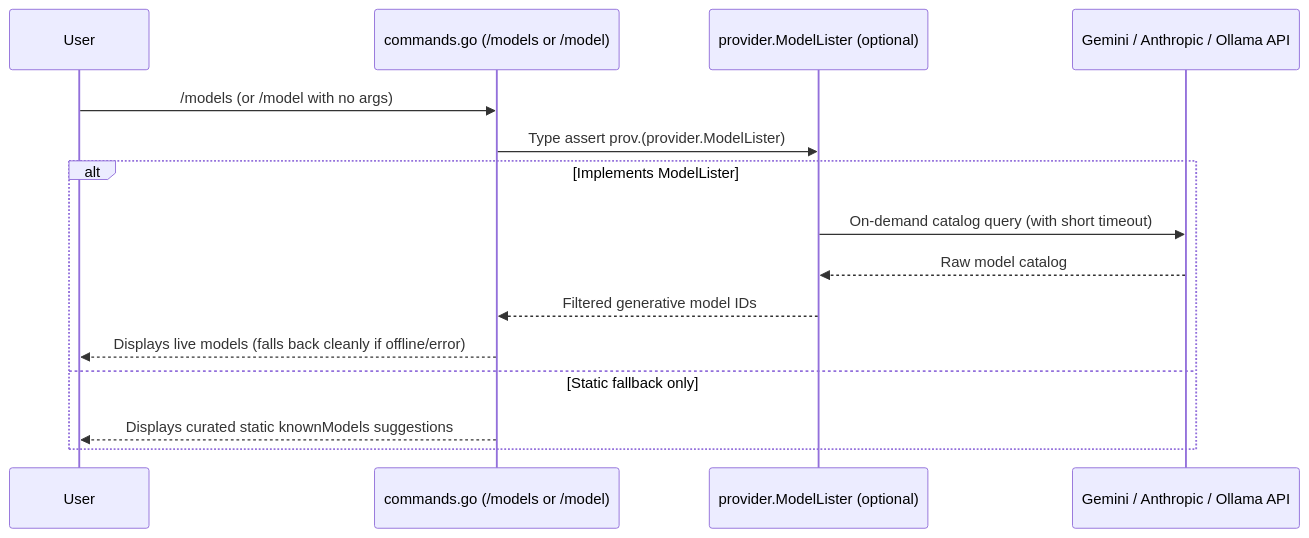
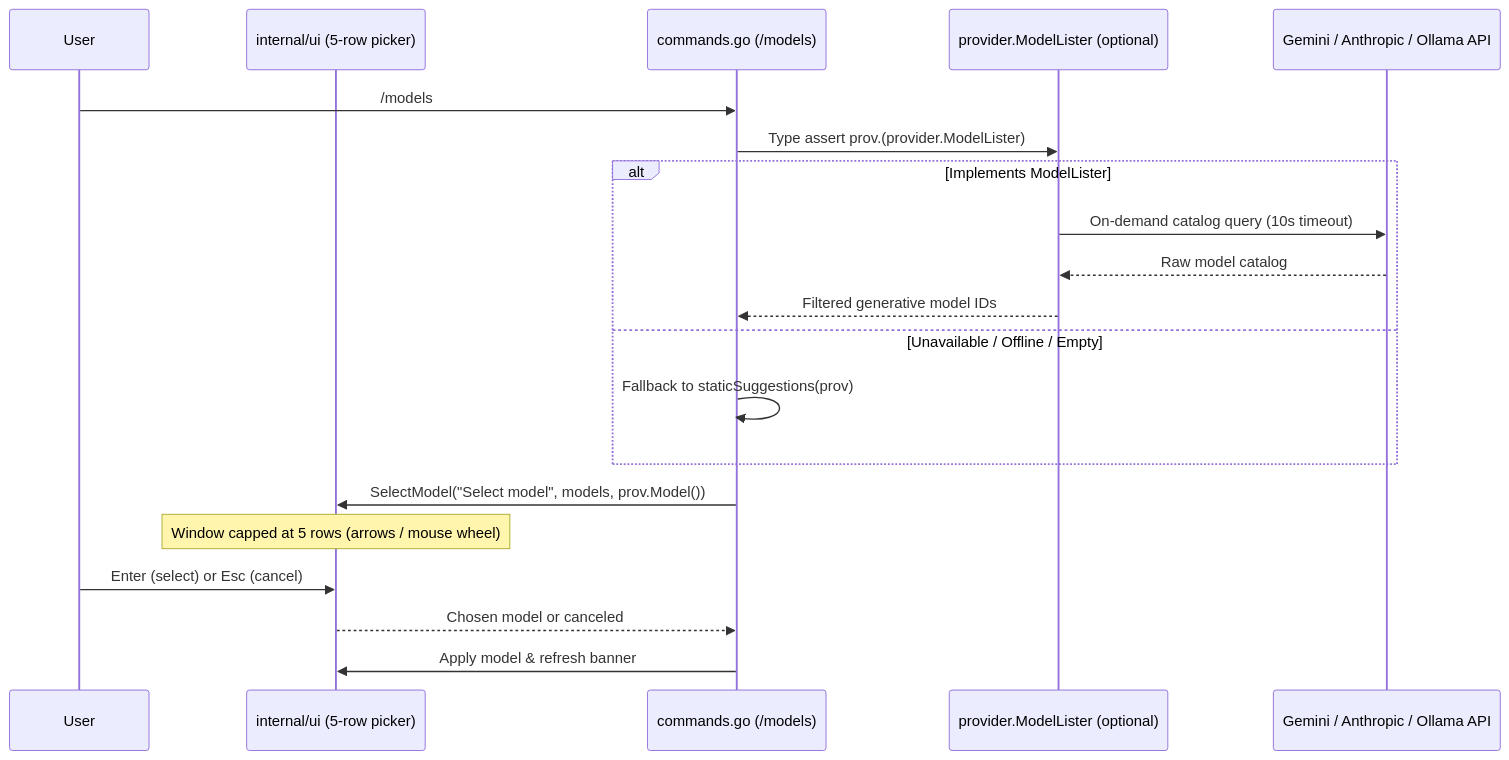
One commit to AntonioHellin/phi-code-agent changed the diagram in docs/steps/16_2-dynamic-model-discovery.md. Above: the diagram before and after it, drawn with Mermaid. The commit also changed other lines of this file and 15 other files, not shown here.

Commit message:
feat: add on-demand dynamic model discovery, validation, and 5-row picker

````diff
--- a/docs/steps/16_2-dynamic-model-discovery.md
+++ b/docs/steps/16_2-dynamic-model-discovery.md
@@ -9,18 +9,23 @@
 ```mermaid
 sequenceDiagram
     participant User
-    participant Commands as commands.go (/models or /model)
+    participant TUI as internal/ui (5-row picker)
+    participant Commands as commands.go (/models)
     participant Lister as provider.ModelLister (optional)
     participant Backend as Gemini / Anthropic / Ollama API
 
-    User->>Commands: /models (or /model with no args)
+    User->>Commands: /models
     Commands->>Lister: Type assert prov.(provider.ModelLister)
     alt Implements ModelLister
-        Lister->>Backend: On-demand catalog query (with short timeout)
+        Lister->>Backend: On-demand catalog query (10s timeout)
         Backend-->>Lister: Raw model catalog
         Lister-->>Commands: Filtered generative model IDs
-        Commands-->>User: Displays live models (falls back cleanly if offline/error)
-    else Static fallback only
-        Commands-->>User: Displays curated static knownModels suggestions
+    else Unavailable / Offline / Empty
+        Commands->>Commands: Fallback to staticSuggestions(prov)
     end
+    Commands->>TUI: SelectModel("Select model", models, prov.Model())
+    Note over TUI: Window capped at 5 rows (arrows / mouse wheel)
+    User->>TUI: Enter (select) or Esc (cancel)
+    TUI-->>Commands: Chosen model or canceled
+    Commands->>TUI: Apply model & refresh banner
 ```
````
